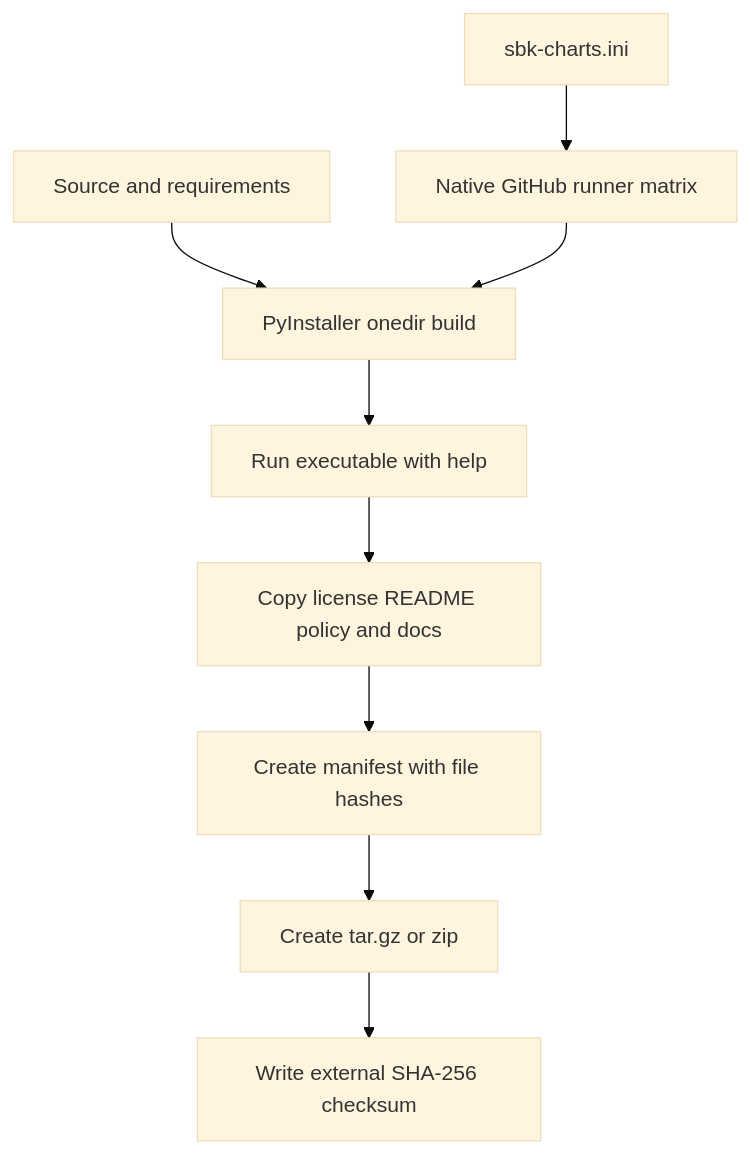
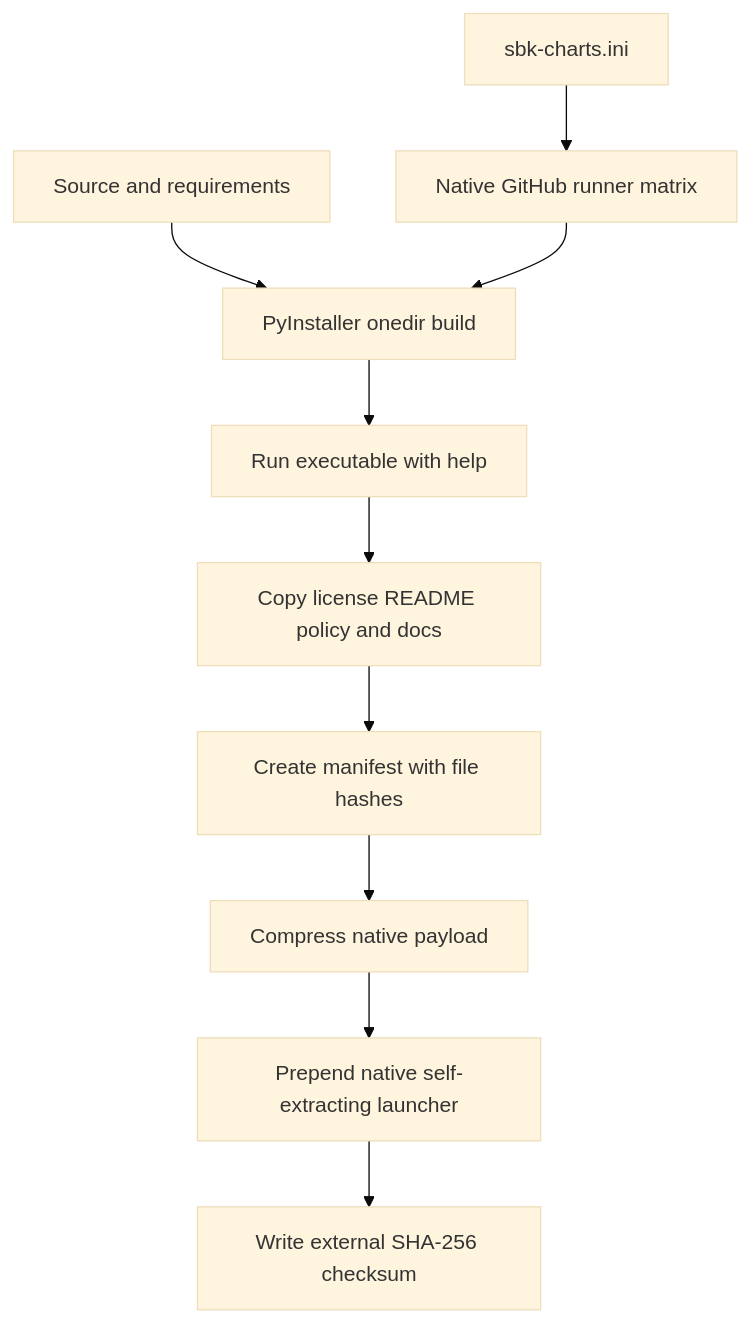
Before and after one commit to kmgowda/sbk-charts: the eighth of 8 diagrams in docs/ARCHITECTURE.md, drawn with Mermaid (base theme). The commit also changed other lines of this file and 17 other files, not shown here.

Commit message:
Build persistent self-extracting portable applications

````diff
--- a/docs/ARCHITECTURE.md
+++ b/docs/ARCHITECTURE.md
@@ -409,11 +409,12 @@
 ```mermaid
 flowchart TD
     A[sbk-charts.ini] --> B[Native GitHub runner matrix]
     C[Source and requirements] --> D[PyInstaller onedir build]
     B --> D
     D --> E[Run executable with help]
     E --> F[Copy license README policy and docs]
     F --> G[Create manifest with file hashes]
-    G --> H[Create tar.gz or zip]
-    H --> I[Write external SHA-256 checksum]
+    G --> H[Compress native payload]
+    H --> I[Prepend native self-extracting launcher]
+    I --> J[Write external SHA-256 checksum]
 ```
````
